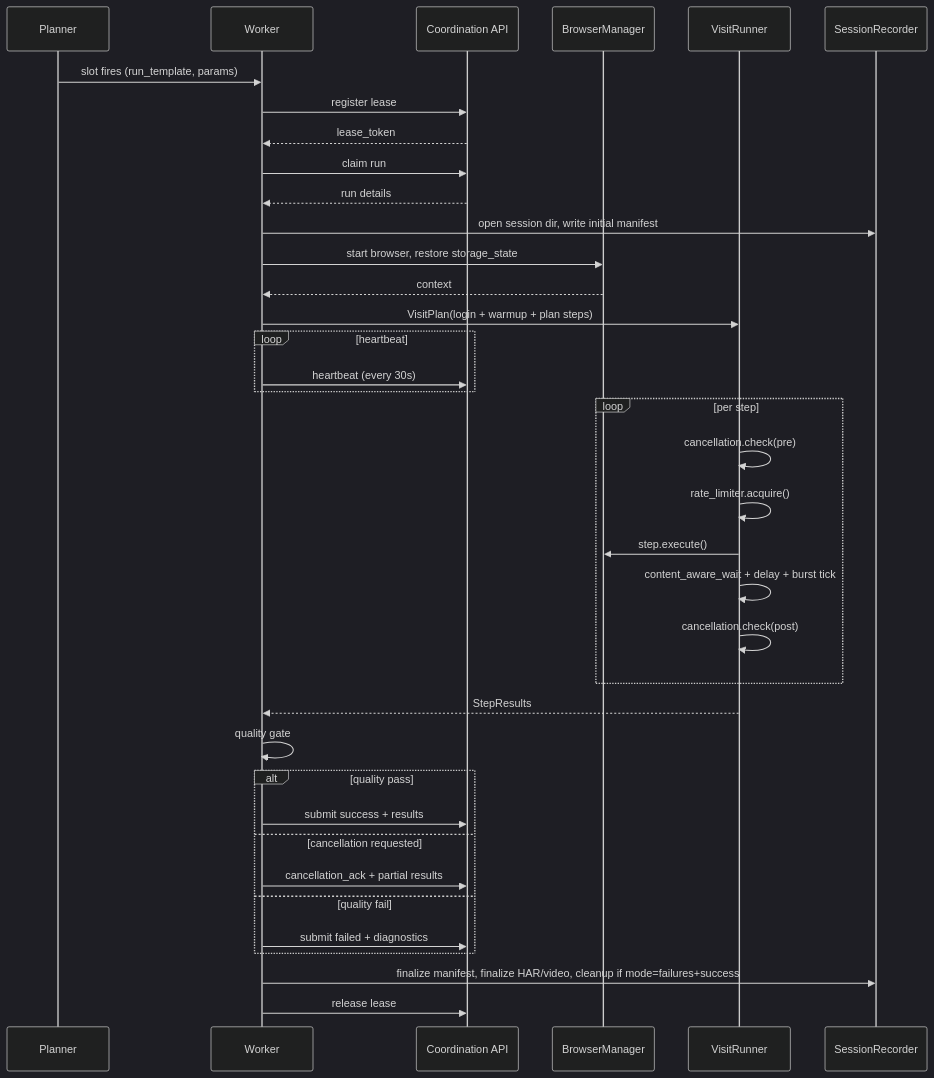
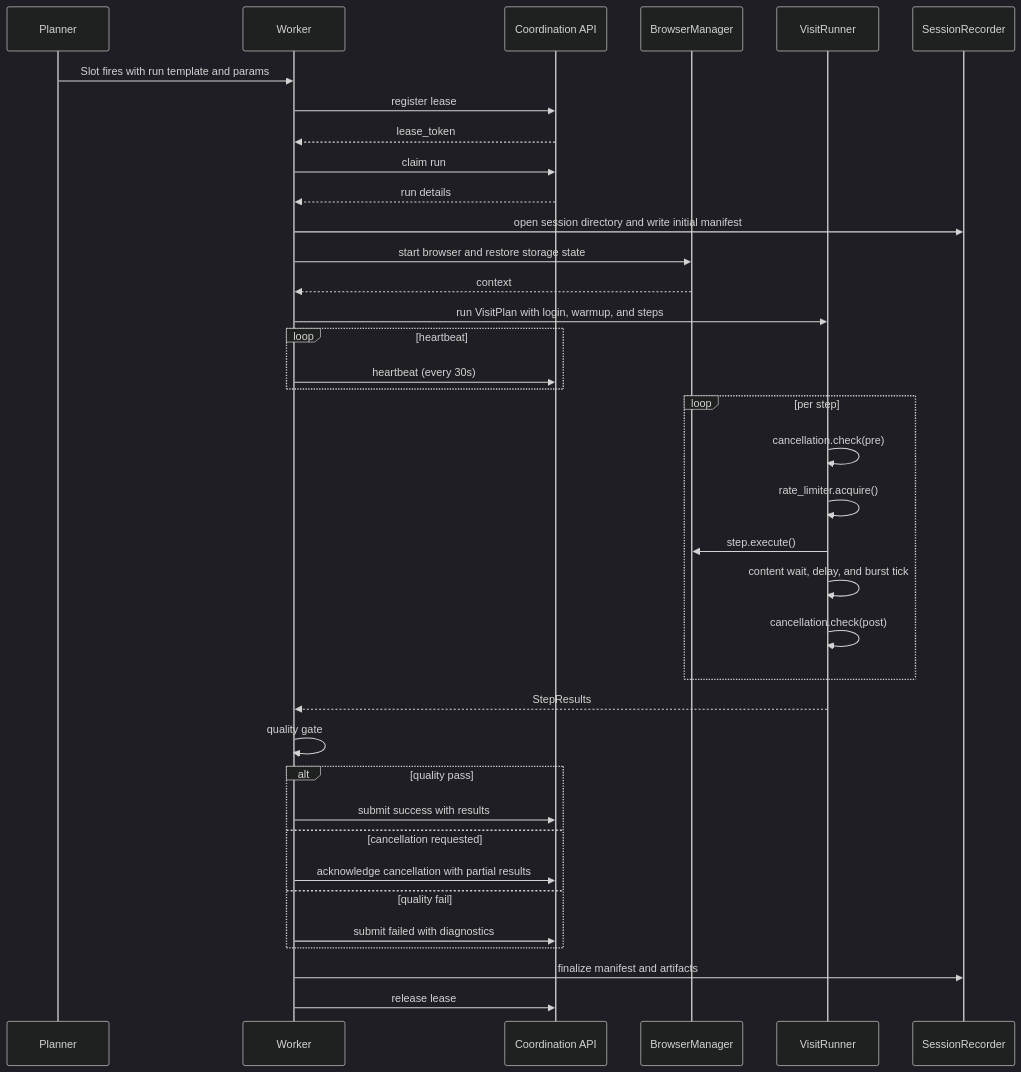
The second of 2 diagrams in docs/ARCHITECTURE.md (amendez13/gentle-site-visitor), drawn with Mermaid (dark theme) before and after one commit. The commit also changed other lines of this file, not shown here.

Commit message:
docs: fix architecture Mermaid diagrams

````diff
--- a/docs/ARCHITECTURE.md
+++ b/docs/ARCHITECTURE.md
@@ -543,40 +543,40 @@
 ```mermaid
 sequenceDiagram
     participant Plan as Planner
     participant W as Worker
     participant API as Coordination API
     participant B as BrowserManager
     participant V as VisitRunner
     participant Rec as SessionRecorder
 
-    Plan->>W: slot fires (run_template, params)
+    Plan->>W: Slot fires with run template and params
     W->>API: register lease
     API-->>W: lease_token
     W->>API: claim run
     API-->>W: run details
-    W->>Rec: open session dir, write initial manifest
-    W->>B: start browser, restore storage_state
+    W->>Rec: open session directory and write initial manifest
+    W->>B: start browser and restore storage state
     B-->>W: context
-    W->>V: VisitPlan(login + warmup + plan steps)
+    W->>V: run VisitPlan with login, warmup, and steps
     loop heartbeat
         W->>API: heartbeat (every 30s)
     end
     loop per step
         V->>V: cancellation.check(pre)
         V->>V: rate_limiter.acquire()
         V->>B: step.execute()
-        V->>V: content_aware_wait + delay + burst tick
+        V->>V: content wait, delay, and burst tick
         V->>V: cancellation.check(post)
     end
     V-->>W: StepResults
     W->>W: quality gate
     alt quality pass
-        W->>API: submit success + results
+        W->>API: submit success with results
     else cancellation requested
-        W->>API: cancellation_ack + partial results
+        W->>API: acknowledge cancellation with partial results
     else quality fail
-        W->>API: submit failed + diagnostics
+        W->>API: submit failed with diagnostics
     end
-    W->>Rec: finalize manifest, finalize HAR/video, cleanup if mode=failures+success
+    W->>Rec: finalize manifest and artifacts
     W->>API: release lease
 ```
````
